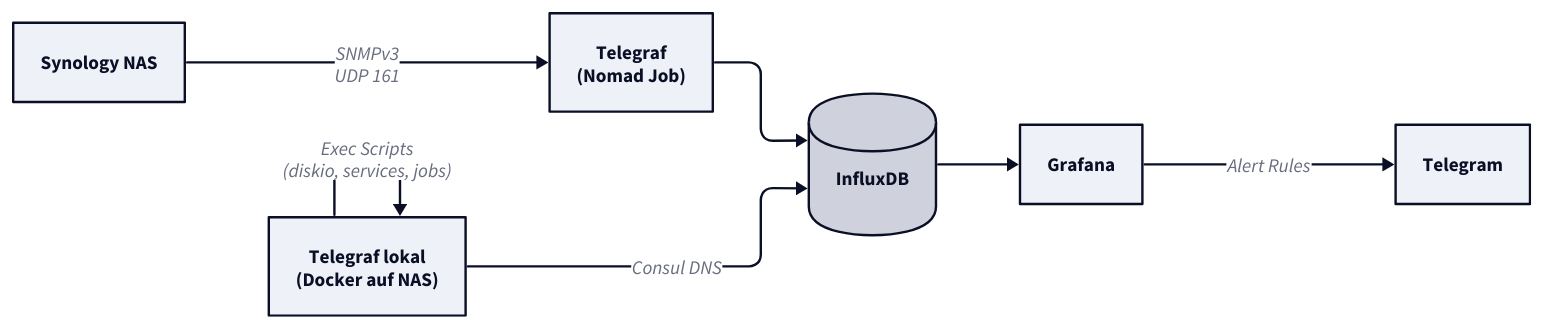
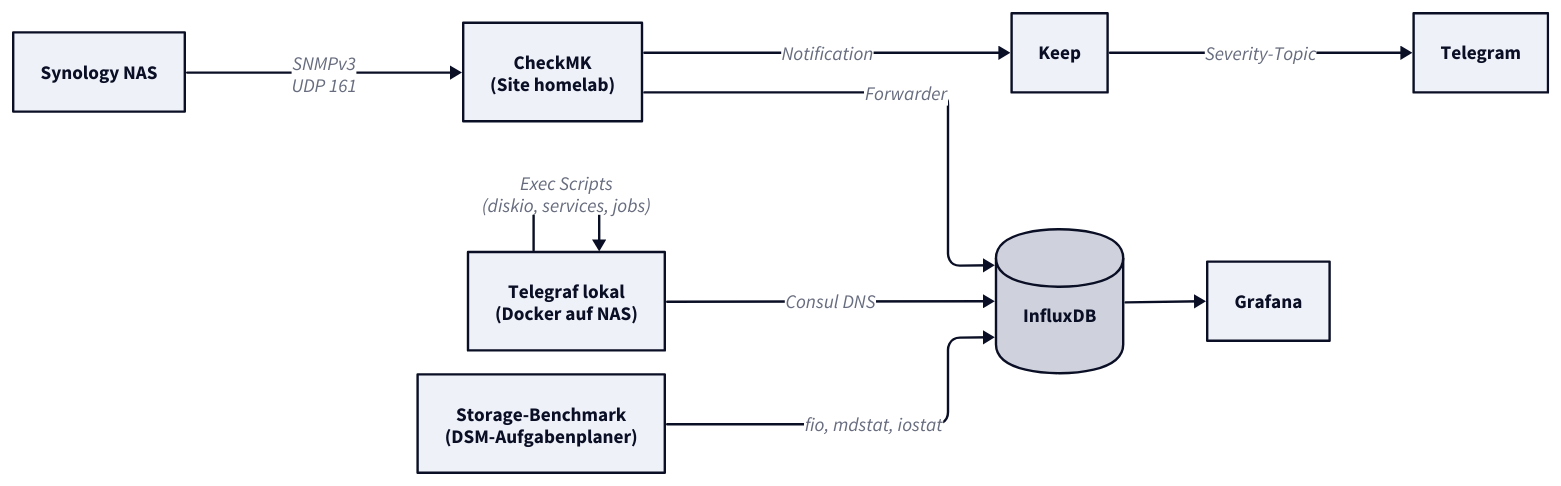
One commit to derever-labs/homelab-wiki changed the diagram in docs/synology-monitoring/index.md. Above: the diagram before and after it, drawn with D2. The commit also changed other lines of this file and 4 other files, not shown here.

First line of the commit message:
fix(monitoring): Keep-Routing, InfluxDB, Discovery, Synology (#63)

````diff
--- a/docs/synology-monitoring/index.md
+++ b/docs/synology-monitoring/index.md
@@ -29,32 +36,36 @@
 ```d2
 vars: {
   d2-config: {
     theme-id: 1
     layout-engine: elk
   }
 }
 
 classes: {
   node: {
     style: {
       border-radius: 8
     }
   }
 }
 
 direction: right
 
 NAS: Synology NAS
-TEL_REMOTE: "Telegraf\n(Nomad Job)"
+CMK: "CheckMK\n(Site homelab)"
 TEL_LOCAL: "Telegraf lokal\n(Docker auf NAS)"
+BENCH: "Storage-Benchmark\n(DSM-Aufgabenplaner)"
 INFLUX: InfluxDB { shape: cylinder }
 GRAF: Grafana
+KEEP: Keep
 TG: Telegram
 
-NAS -> TEL_REMOTE: "SNMPv3\nUDP 161"
-TEL_REMOTE -> INFLUX
+NAS -> CMK: "SNMPv3\nUDP 161"
+CMK -> INFLUX: Forwarder
 TEL_LOCAL -> TEL_LOCAL: "Exec Scripts\n(diskio, services, jobs)"
 TEL_LOCAL -> INFLUX: Consul DNS
+BENCH -> INFLUX: "fio, mdstat, iostat"
 INFLUX -> GRAF
-GRAF -> TG: Alert Rules
+CMK -> KEEP: Notification
+KEEP -> TG: "Severity-Topic"
 ```
````
